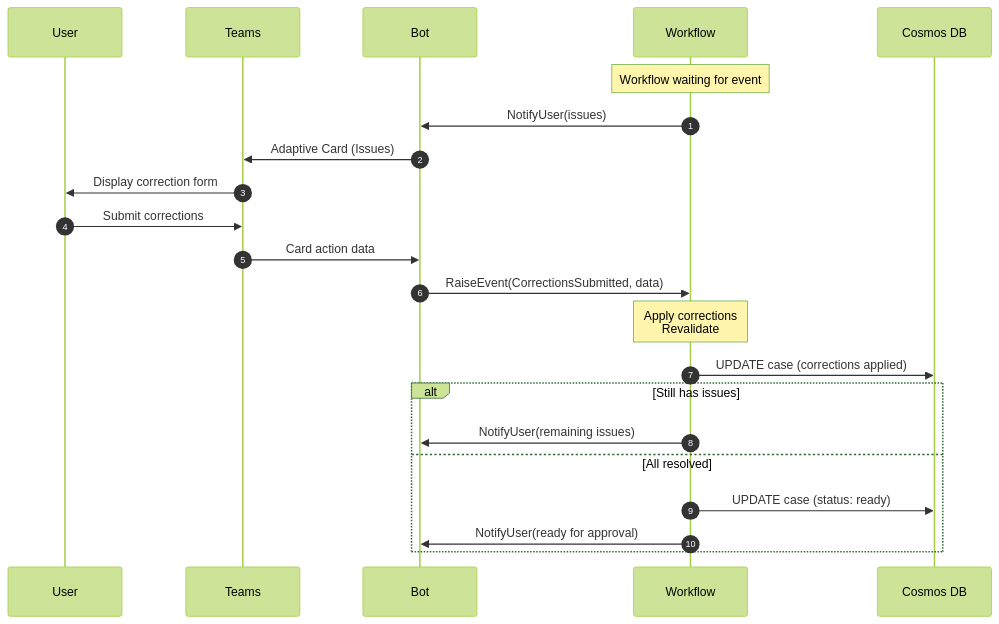
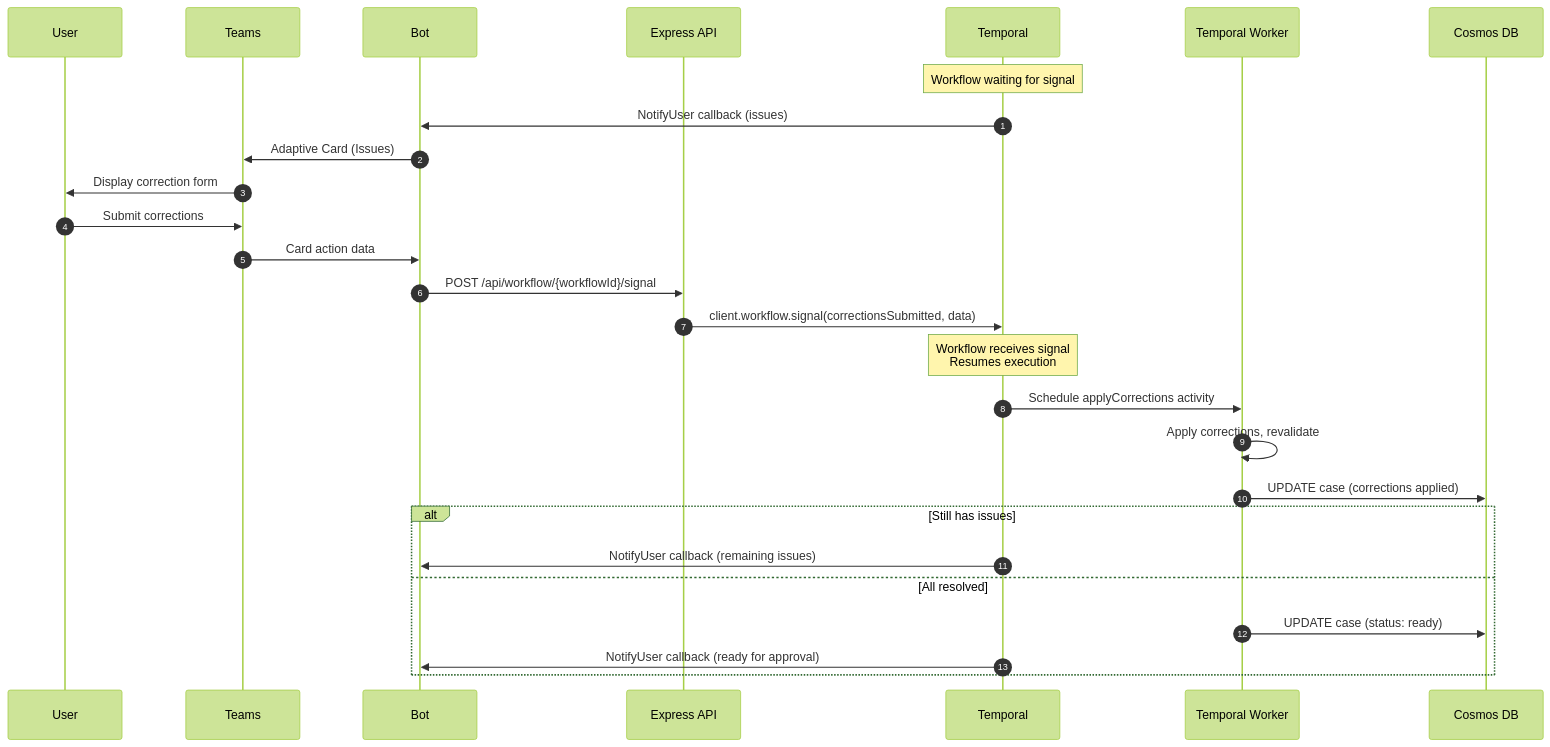
The fifth of 11 diagrams in app/docs/architecture/data-flow.md (CoronovirusG10/Zoho-order-processing), drawn with Mermaid (forest theme) before and after one commit. The commit also changed other lines of this file and 40 other files, not shown here.

Commit message:
Add VM migration architecture, Temporal workflow implementation, and infrastructure updates

````diff
--- a/app/docs/architecture/data-flow.md
+++ b/app/docs/architecture/data-flow.md
@@ -155,31 +173,37 @@
 ```mermaid
 sequenceDiagram
     autonumber
     participant U as User
     participant T as Teams
     participant B as Bot
-    participant W as Workflow
+    participant E as Express API
+    participant Temp as Temporal
+    participant W as Temporal Worker
     participant C as Cosmos DB
 
-    Note over W: Workflow waiting for event
+    Note over Temp: Workflow waiting for signal
 
-    W->>B: NotifyUser(issues)
+    Temp->>B: NotifyUser callback (issues)
     B->>T: Adaptive Card (Issues)
     T->>U: Display correction form
 
     U->>T: Submit corrections
     T->>B: Card action data
 
-    B->>W: RaiseEvent(CorrectionsSubmitted, data)
+    B->>E: POST /api/workflow/{workflowId}/signal
+    E->>Temp: client.workflow.signal(correctionsSubmitted, data)
 
-    Note over W: Apply corrections<br/>Revalidate
+    Note over Temp: Workflow receives signal<br/>Resumes execution
+
+    Temp->>W: Schedule applyCorrections activity
+    W->>W: Apply corrections, revalidate
 
     W->>C: UPDATE case (corrections applied)
 
     alt Still has issues
-        W->>B: NotifyUser(remaining issues)
+        Temp->>B: NotifyUser callback (remaining issues)
     else All resolved
         W->>C: UPDATE case (status: ready)
-        W->>B: NotifyUser(ready for approval)
+        Temp->>B: NotifyUser callback (ready for approval)
     end
 ```
````
